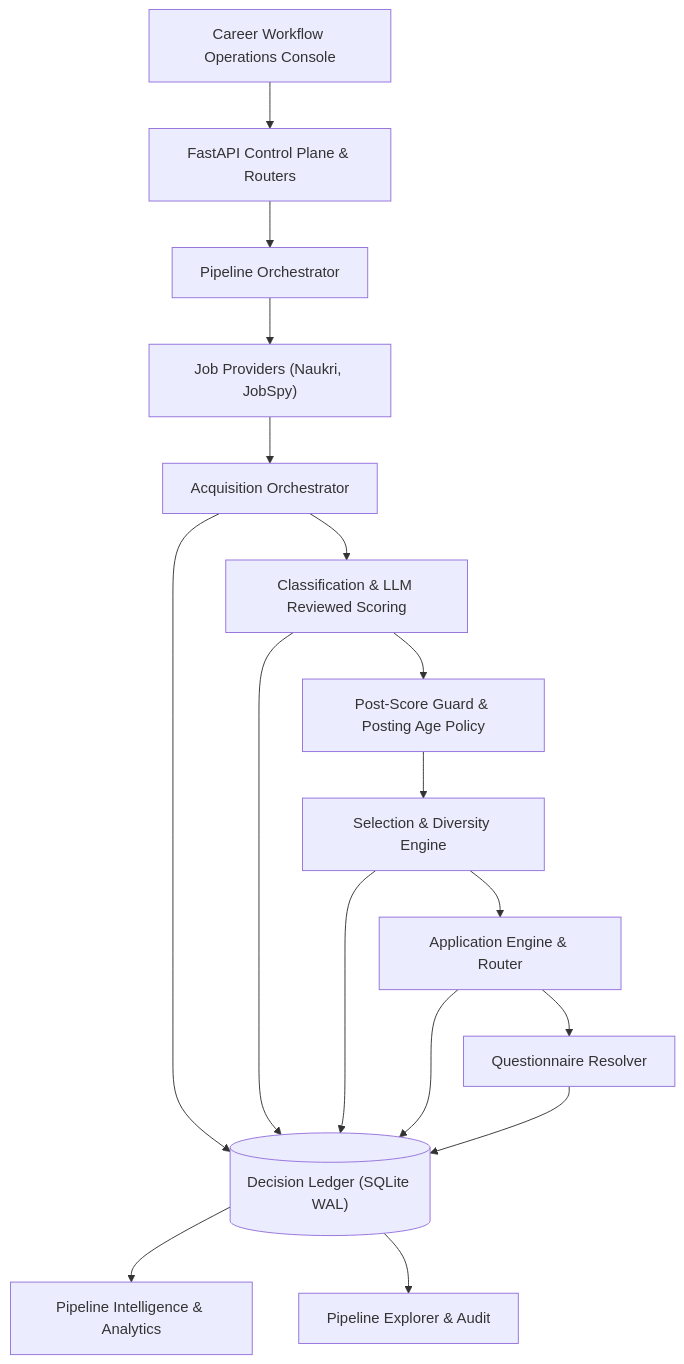
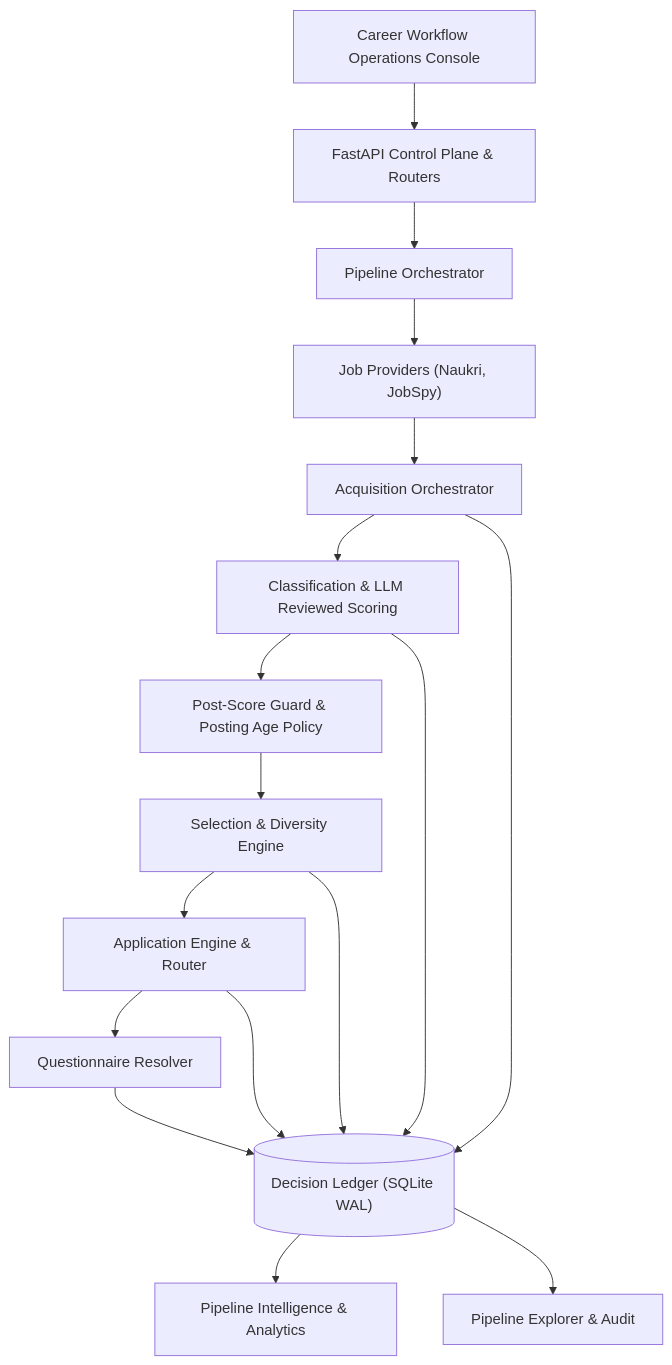
One commit to areddy1805/career-workflow-next changed the second of 10 diagrams in README.md. Above: the diagram before and after it, drawn with Mermaid. The commit also changed other lines of this file and 1 other file, not shown here.

````diff
--- a/README.md
+++ b/README.md
@@ -150,39 +219,39 @@
 ```mermaid
 flowchart TB
 
 UI["Career Workflow Operations Console"]
 API["FastAPI Control Plane & Routers"]
 PIPE["Pipeline Orchestrator"]
 
 PROVIDERS["Job Providers (Naukri, JobSpy)"]
 SEARCH["Acquisition Orchestrator"]
 CLASS["Classification & LLM Reviewed Scoring"]
 PSG["Post-Score Guard & Posting Age Policy"]
 SELECT["Selection & Diversity Engine"]
 APPLY["Application Engine & Router"]
 RESOLVE["Questionnaire Resolver"]
 
 LEDGER[("Decision Ledger (SQLite WAL)")]
 INTEL["Pipeline Intelligence & Analytics"]
 EXPLORE["Pipeline Explorer & Audit"]
 
 UI --> API
 API --> PIPE
 
 PIPE --> PROVIDERS
 PROVIDERS --> SEARCH
 SEARCH --> CLASS
 CLASS --> PSG
 PSG --> SELECT
 SELECT --> APPLY
 APPLY --> RESOLVE
+APPLY --> LEDGER
+RESOLVE --> LEDGER
 
 SEARCH --> LEDGER
 CLASS --> LEDGER
 SELECT --> LEDGER
-APPLY --> LEDGER
-RESOLVE --> LEDGER
 
 LEDGER --> INTEL
 LEDGER --> EXPLORE
 ```
````
